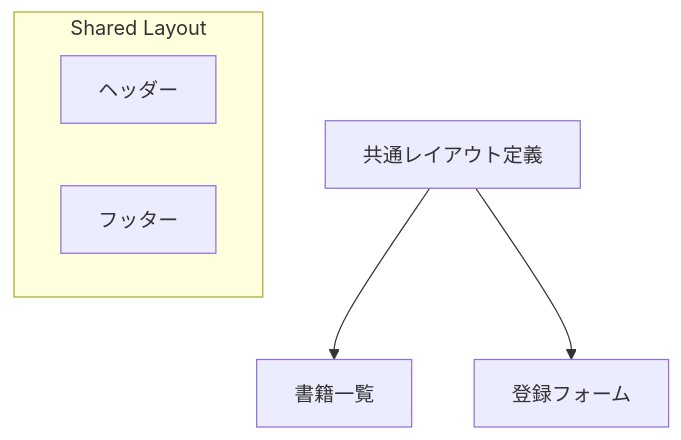
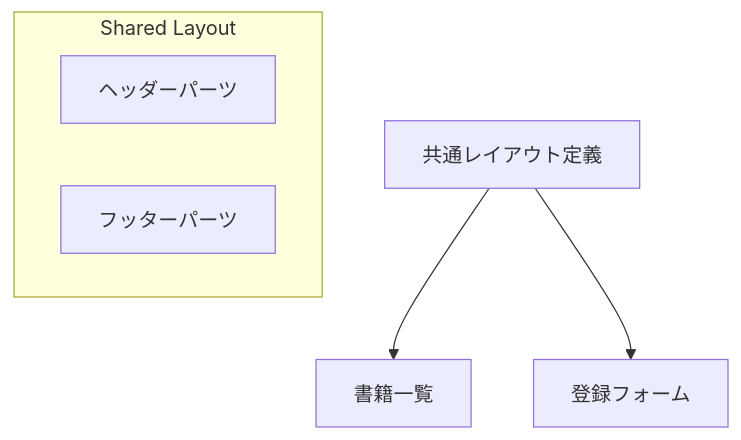
Before and after one commit to juyeongjung1/springboot_personal_practice: the fourth of 7 diagrams in docs/Comprehensive_Design_Specification.md, drawn with Mermaid. The commit also changed other lines of this file and 14 other files, not shown here.

Commit message:
全体設計書の修正：画面遷移図の正確性向上、不足スクリーンショット（各章の全画面）の追加、および用語の適正化。

````diff
--- a/docs/Comprehensive_Design_Specification.md
+++ b/docs/Comprehensive_Design_Specification.md
@@ -77,9 +96,9 @@
 ```mermaid
 graph TD
     Component[共通レイアウト定義] --> PageA[書籍一覧]
     Component --> PageB[登録フォーム]
     subgraph Shared Layout
-        Header[ヘッダー]
-        Footer[フッター]
+        Header[ヘッダーパーツ]
+        Footer[フッターパーツ]
     end
 ```
````
